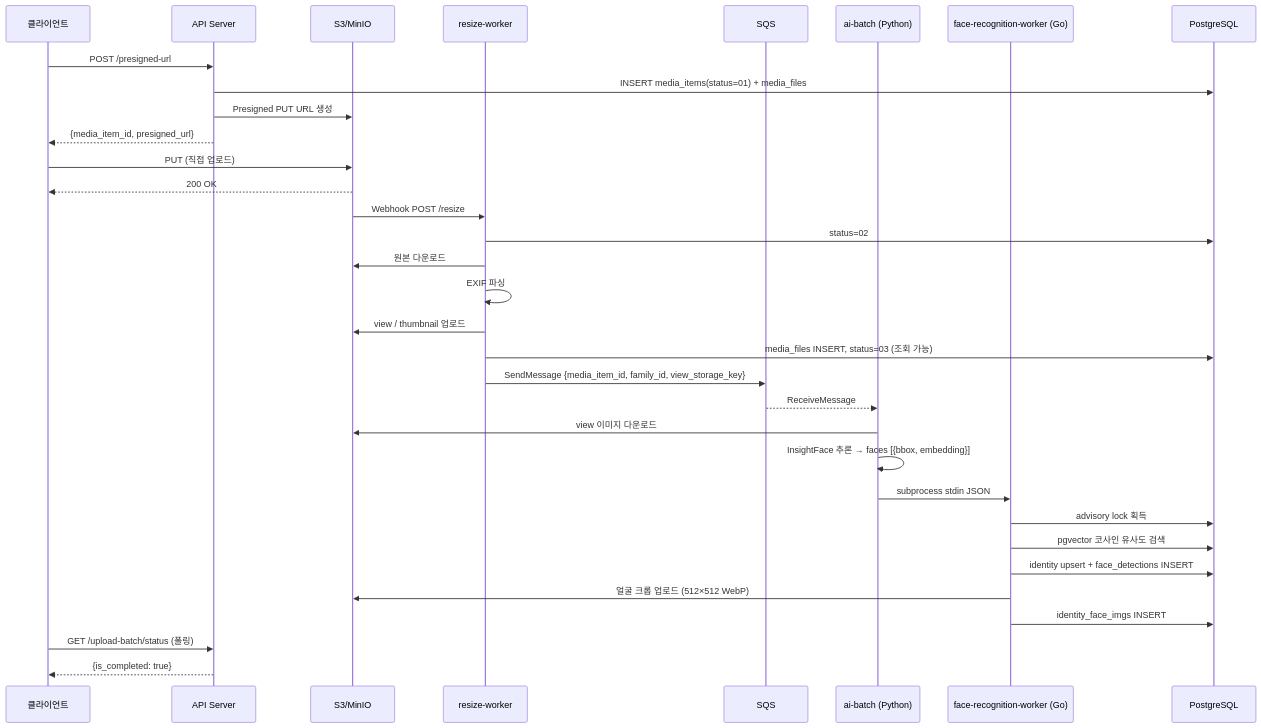
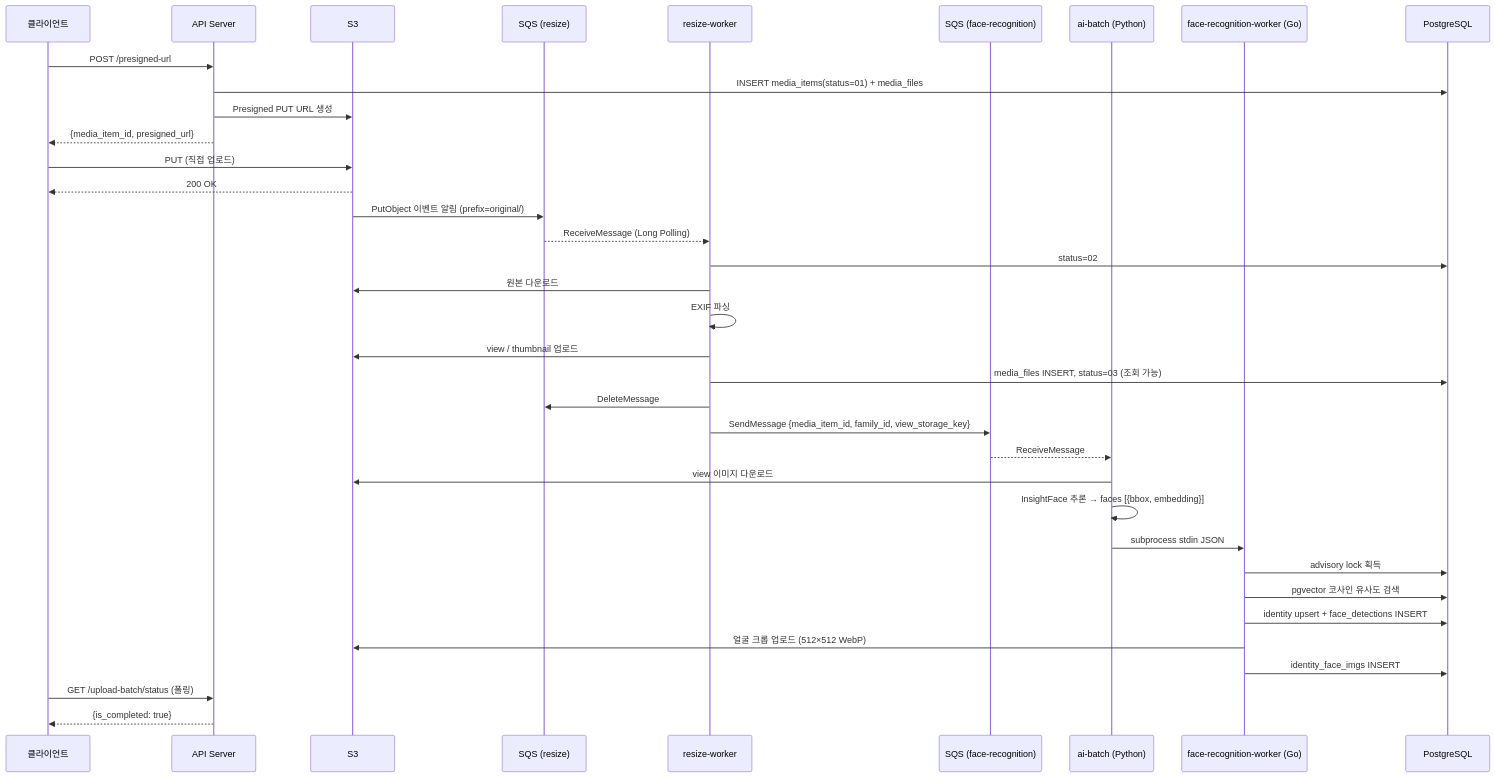
One commit to ywl0806/yuno_kiroku changed the second of 3 diagrams in docs/02-upload-pipeline.md. Above: the diagram before and after it, drawn with Mermaid. The commit also changed other lines of this file and 22 other files, not shown here.

````diff
--- a/docs/02-upload-pipeline.md
+++ b/docs/02-upload-pipeline.md
@@ -60,41 +60,44 @@
 ```mermaid
 sequenceDiagram
     participant C as 클라이언트
     participant API as API Server
-    participant S3 as S3/MinIO
+    participant S3 as S3
+    participant SQS_R as SQS (resize)
     participant RW as resize-worker
-    participant SQS as SQS
+    participant SQS as SQS (face-recognition)
     participant AI as ai-batch (Python)
     participant FRW as face-recognition-worker (Go)
     participant DB as PostgreSQL
 
     C->>API: POST /presigned-url
     API->>DB: INSERT media_items(status=01) + media_files
     API->>S3: Presigned PUT URL 생성
     API-->>C: {media_item_id, presigned_url}
 
     C->>S3: PUT (직접 업로드)
     S3-->>C: 200 OK
+    S3->>SQS_R: PutObject 이벤트 알림 (prefix=original/)
 
-    S3->>RW: Webhook POST /resize
+    SQS_R-->>RW: ReceiveMessage (Long Polling)
     RW->>DB: status=02
     RW->>S3: 원본 다운로드
     RW->>RW: EXIF 파싱
     RW->>S3: view / thumbnail 업로드
     RW->>DB: media_files INSERT, status=03 (조회 가능)
+    RW->>SQS_R: DeleteMessage
     RW->>SQS: SendMessage {media_item_id, family_id, view_storage_key}
 
     SQS-->>AI: ReceiveMessage
     AI->>S3: view 이미지 다운로드
     AI->>AI: InsightFace 추론 → faces [{bbox, embedding}]
     AI->>FRW: subprocess stdin JSON
 
     FRW->>DB: advisory lock 획득
     FRW->>DB: pgvector 코사인 유사도 검색
     FRW->>DB: identity upsert + face_detections INSERT
     FRW->>S3: 얼굴 크롭 업로드 (512×512 WebP)
     FRW->>DB: identity_face_imgs INSERT
 
     C->>API: GET /upload-batch/status (폴링)
     API-->>C: {is_completed: true}
 ```
````
